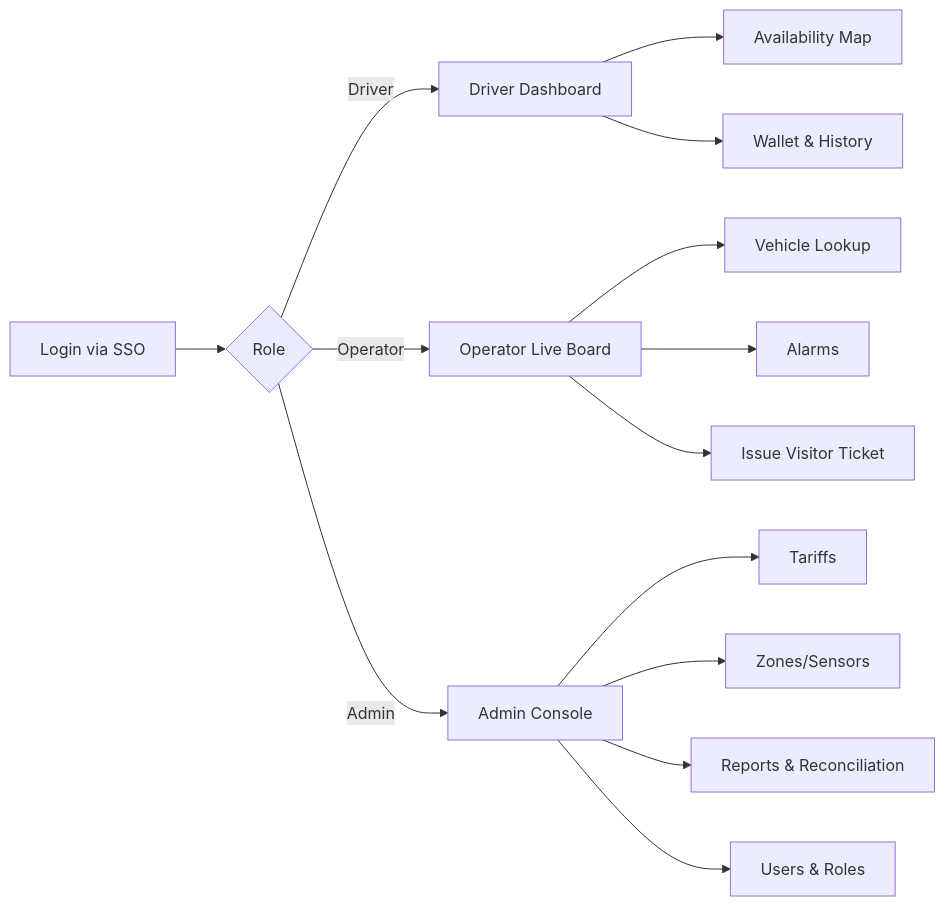
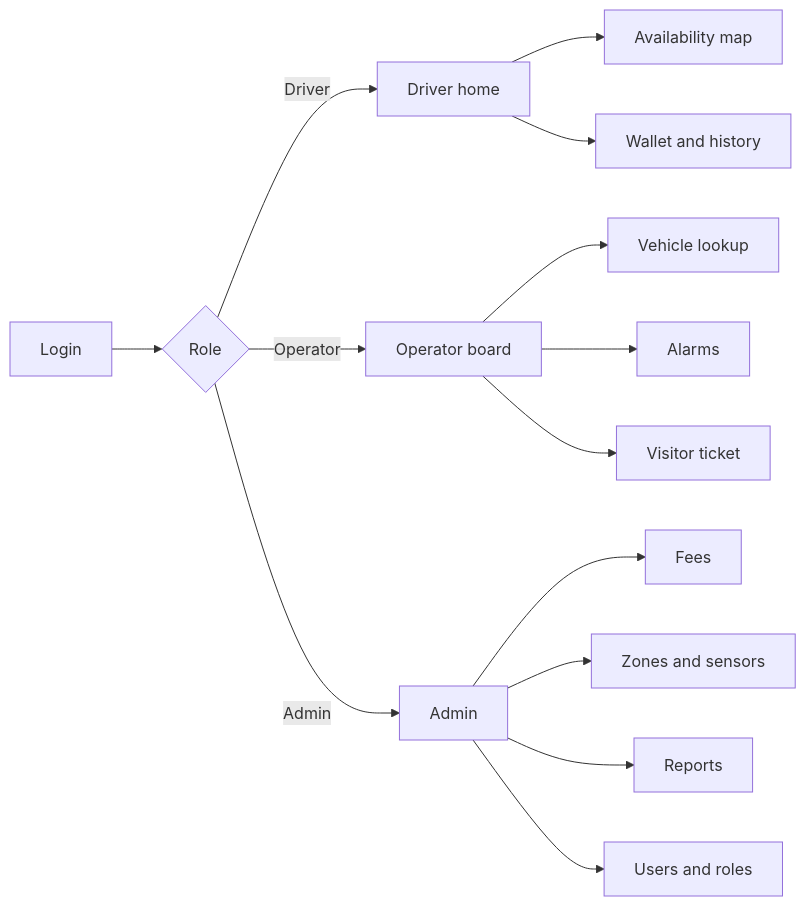
One commit to XeminoL/SmartParking_-IoT-SPMS- changed the tenth of 10 diagrams in docs/02-uml-and-ui.md. Above: the diagram before and after it, drawn with Mermaid. The commit also changed other lines of this file and 14 other files, not shown here.

````diff
--- a/docs/02-uml-and-ui.md
+++ b/docs/02-uml-and-ui.md
@@ -380,16 +326,16 @@
 ```mermaid
 flowchart LR
-    LOGIN[Login via SSO] --> ROLE{Role}
-    ROLE -- Driver --> DASH[Driver Dashboard]
-    ROLE -- Operator --> OPS[Operator Live Board]
-    ROLE -- Admin --> ADMIN[Admin Console]
-    DASH --> AVAIL[Availability Map]
-    DASH --> WALLET[Wallet & History]
-    OPS --> LOOKUP[Vehicle Lookup]
+    LOGIN[Login] --> ROLE{Role}
+    ROLE -- Driver --> DASH[Driver home]
+    ROLE -- Operator --> OPS[Operator board]
+    ROLE -- Admin --> ADMIN[Admin]
+    DASH --> AVAIL[Availability map]
+    DASH --> WALLET[Wallet and history]
+    OPS --> LOOKUP[Vehicle lookup]
     OPS --> ALARMS[Alarms]
-    OPS --> VISITOR[Issue Visitor Ticket]
-    ADMIN --> TARIFF[Tariffs]
-    ADMIN --> ZONES[Zones/Sensors]
-    ADMIN --> REPORTS[Reports & Reconciliation]
-    ADMIN --> USERS[Users & Roles]
+    OPS --> VISITOR[Visitor ticket]
+    ADMIN --> TARIFF[Fees]
+    ADMIN --> ZONES[Zones and sensors]
+    ADMIN --> REPORTS[Reports]
+    ADMIN --> USERS[Users and roles]
 ```
````
